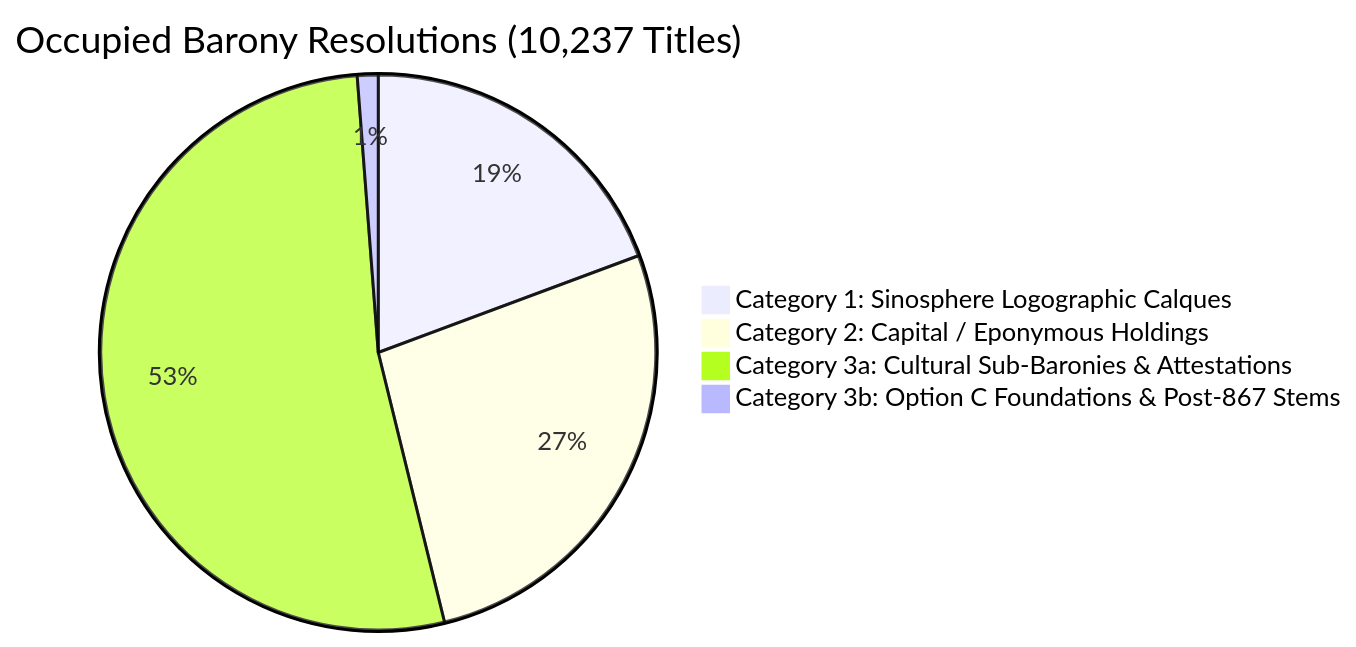
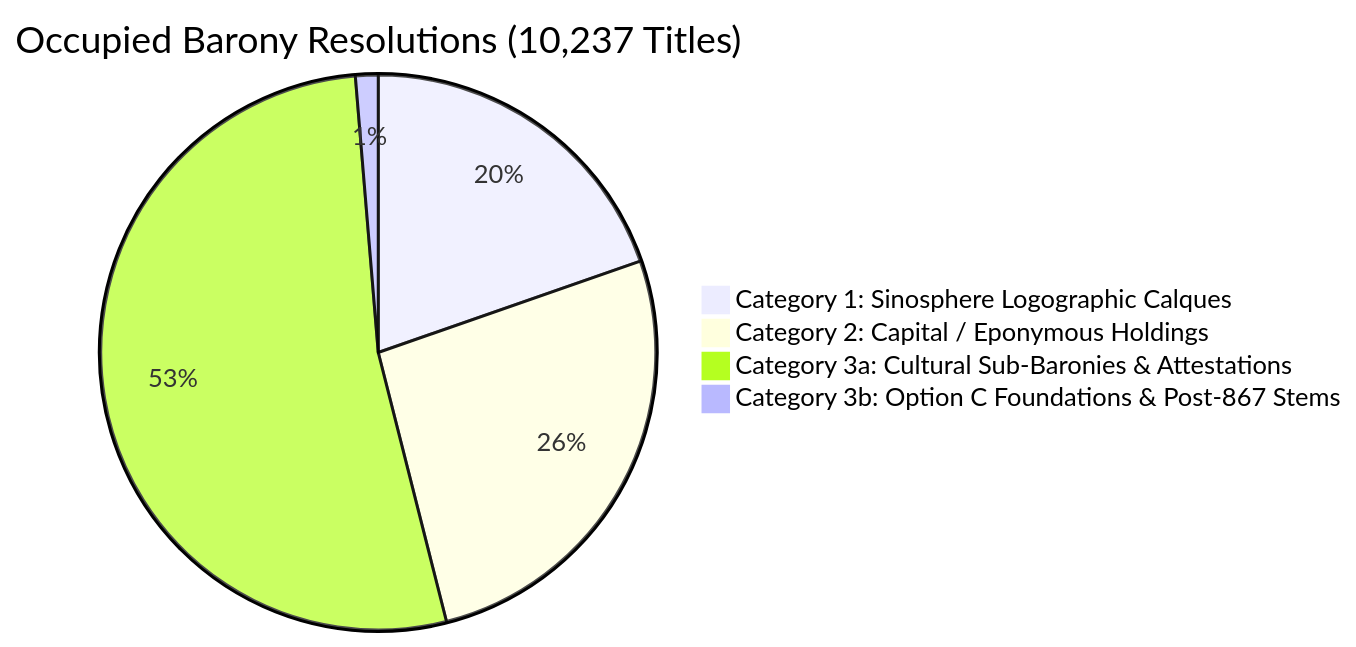
The diagram in barony_historical_audit_and_resolutions.md (skachano/tarraconian_hre), drawn with Mermaid before and after one commit. The commit also changed other lines of this file and 32 other files, not shown here.

````diff
--- a/barony_historical_audit_and_resolutions.md
+++ b/barony_historical_audit_and_resolutions.md
@@ -38,7 +38,7 @@
 ```mermaid
 pie title Occupied Barony Resolutions (10,237 Titles)
-    "Category 1: Sinosphere Logographic Calques" : 1979
-    "Category 2: Capital / Eponymous Holdings" : 2747
-    "Category 3a: Cultural Sub-Baronies & Attestations" : 5387
-    "Category 3b: Option C Foundations & Post-867 Stems" : 124
+    "Category 1: Sinosphere Logographic Calques" : 2013
+    "Category 2: Capital / Eponymous Holdings" : 2701
+    "Category 3a: Cultural Sub-Baronies & Attestations" : 5388
+    "Category 3b: Option C Foundations & Post-867 Stems" : 135
 ```
````
